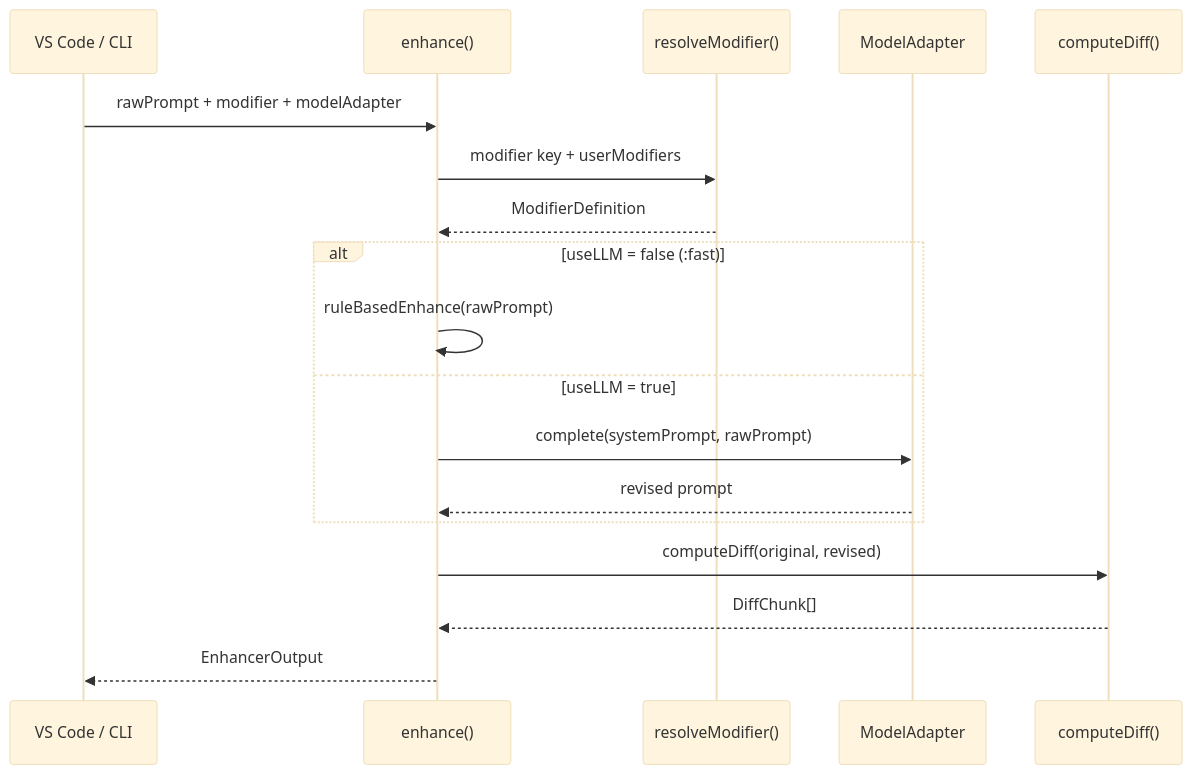
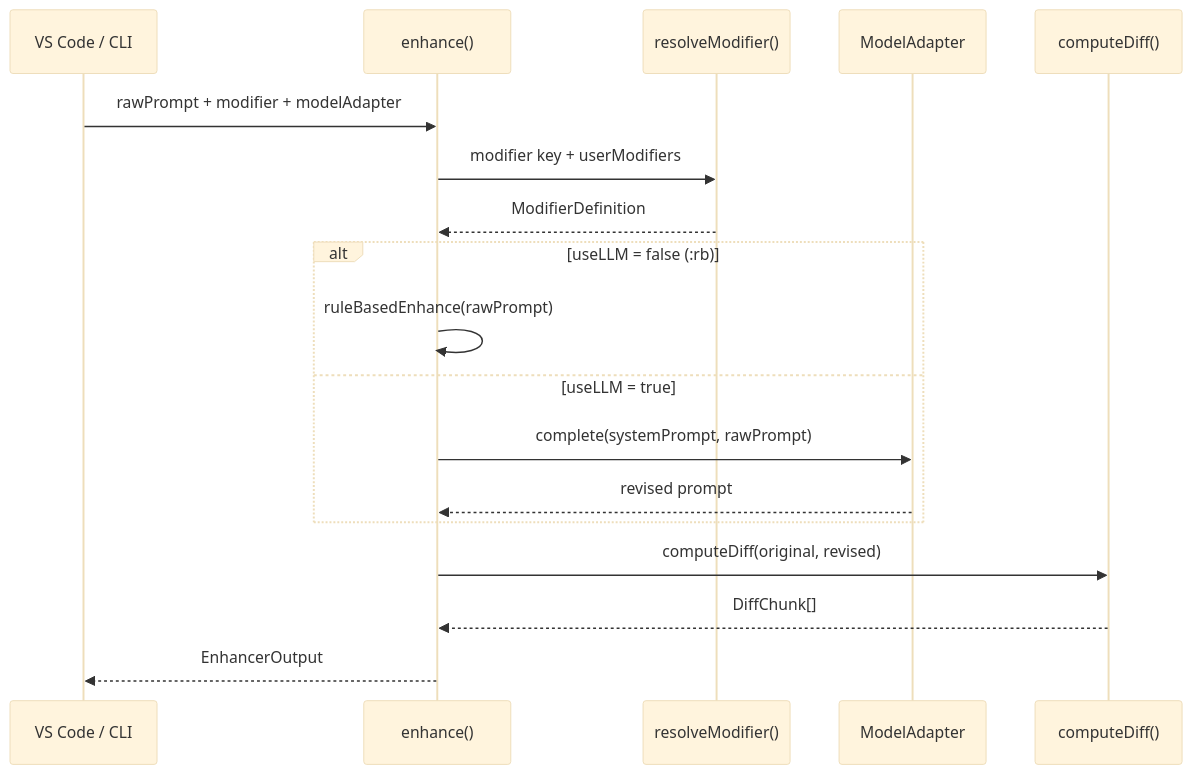
One commit to SirArnoldB/promptrev changed the first of 2 diagrams in packages/core/README.md. Above: the diagram before and after it, drawn with Mermaid (base theme). The commit also changed other lines of this file and 8 other files, not shown here.

````diff
--- a/packages/core/README.md
+++ b/packages/core/README.md
@@ -9,23 +9,23 @@
 ```mermaid
 sequenceDiagram
     participant Caller as VS Code / CLI
     participant E as enhance()
     participant M as resolveModifier()
     participant A as ModelAdapter
     participant D as computeDiff()
 
     Caller->>E: rawPrompt + modifier + modelAdapter
     E->>M: modifier key + userModifiers
     M-->>E: ModifierDefinition
 
-    alt useLLM = false (:fast)
+    alt useLLM = false (:rb)
         E->>E: ruleBasedEnhance(rawPrompt)
     else useLLM = true
         E->>A: complete(systemPrompt, rawPrompt)
         A-->>E: revised prompt
     end
 
     E->>D: computeDiff(original, revised)
     D-->>E: DiffChunk[]
     E-->>Caller: EnhancerOutput
 ```
````
